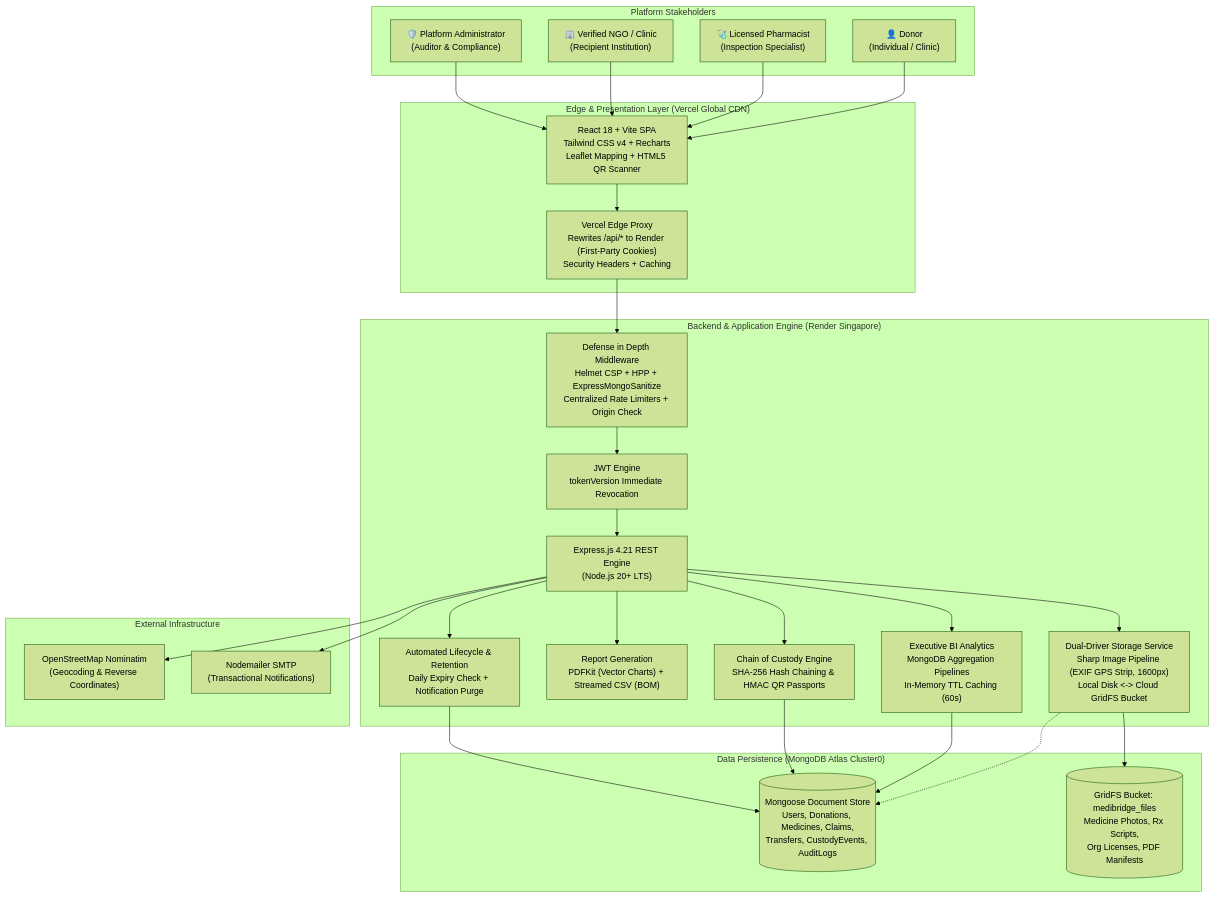
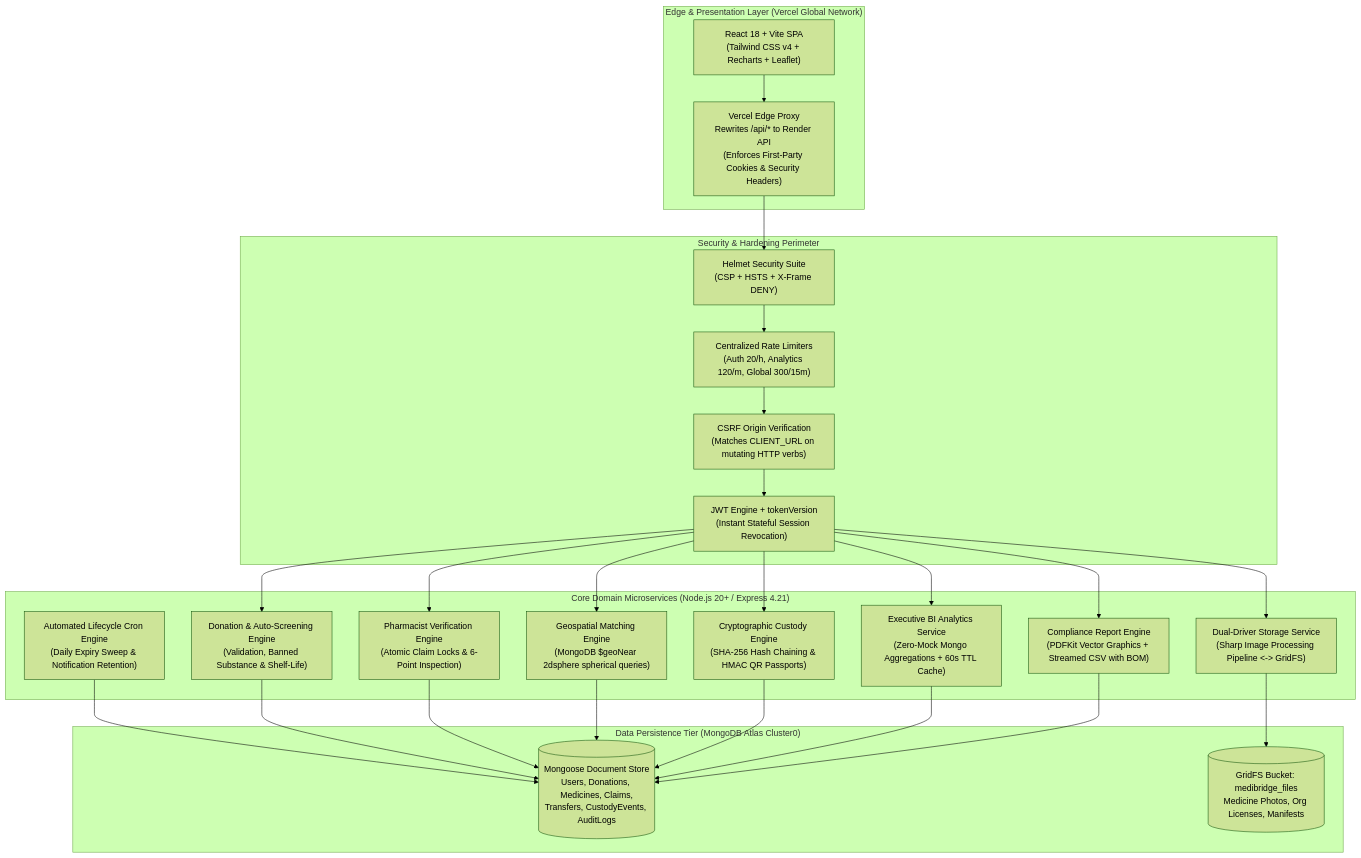
The first of 3 diagrams in README2.md (kasimshah19/MediBridge), drawn with Mermaid (forest theme) before and after one commit. The commit also changed other lines of this file, not shown here.

Commit message:
docs: enrich README2.md with exhaustive architectural, cryptographic, and API specifications

````diff
--- a/README2.md
+++ b/README2.md
@@ -95,60 +135,53 @@
 ```mermaid
 flowchart TB
-    subgraph Stakeholders["Platform Stakeholders"]
-        Donor["👤 Donor\n(Individual / Clinic)"]
-        Pharmacist["🩺 Licensed Pharmacist\n(Inspection Specialist)"]
-        NGO["🏢 Verified NGO / Clinic\n(Recipient Institution)"]
-        Admin["🛡️ Platform Administrator\n(Auditor & Compliance)"]
+    subgraph ClientLayer["Edge & Presentation Layer (Vercel Global Network)"]
+        ReactApp["React 18 + Vite SPA\n(Tailwind CSS v4 + Recharts + Leaflet)"]
+        VercelProxy["Vercel Edge Proxy\nRewrites /api/* to Render API\n(Enforces First-Party Cookies & Security Headers)"]
     end
 
-    subgraph ClientLayer["Edge & Presentation Layer (Vercel Global CDN)"]
-        SPA["React 18 + Vite SPA\nTailwind CSS v4 + Recharts\nLeaflet Mapping + HTML5 QR Scanner"]
-        VercelProxy["Vercel Edge Proxy\nRewrites /api/* to Render (First-Party Cookies)\nSecurity Headers + Caching"]
+    subgraph SecurityGate["Security & Hardening Perimeter"]
+        HelmetMW["Helmet Security Suite\n(CSP + HSTS + X-Frame DENY)"]
+        RateLimiter["Centralized Rate Limiters\n(Auth 20/h, Analytics 120/m, Global 300/15m)"]
+        OriginCheck["CSRF Origin Verification\n(Matches CLIENT_URL on mutating HTTP verbs)"]
+        TokenGuard["JWT Engine + tokenVersion\n(Instant Stateful Session Revocation)"]
     end
 
-    subgraph APILayer["Backend & Application Engine (Render Singapore)"]
-        AppServer["Express.js 4.21 REST Engine\n(Node.js 20+ LTS)"]
-        SecurityMW["Defense in Depth Middleware\nHelmet CSP + HPP + ExpressMongoSanitize\nCentralized Rate Limiters + Origin Check"]
-        AuthSystem["JWT Engine\ntokenVersion Immediate Revocation"]
-        AnalyticsEngine["Executive BI Analytics\nMongoDB Aggregation Pipelines\nIn-Memory TTL Caching (60s)"]
-        ReportEngine["Report Generation\nPDFKit (Vector Charts) + Streamed CSV (BOM)"]
-        StorageEngine["Dual-Driver Storage Service\nSharp Image Pipeline (EXIF GPS Strip, 1600px)\nLocal Disk <-> Cloud GridFS Bucket"]
-        CustodyEngine["Chain of Custody Engine\nSHA-256 Hash Chaining & HMAC QR Passports"]
-        ExpiryCron["Automated Lifecycle & Retention\nDaily Expiry Check + Notification Purge"]
+    subgraph ServiceLayer["Core Domain Microservices (Node.js 20+ / Express 4.21)"]
+        DonationSvc["Donation & Auto-Screening Engine\n(Validation, Banned Substance & Shelf-Life)"]
+        VerificationSvc["Pharmacist Verification Engine\n(Atomic Claim Locks & 6-Point Inspection)"]
+        GeoMatchSvc["Geospatial Matching Engine\n(MongoDB $geoNear 2dsphere spherical queries)"]
+        CustodySvc["Cryptographic Custody Engine\n(SHA-256 Hash Chaining & HMAC QR Passports)"]
+        StorageSvc["Dual-Driver Storage Service\n(Sharp Image Processing Pipeline <-> GridFS)"]
+        AnalyticsSvc["Executive BI Analytics Service\n(Zero-Mock Mongo Aggregations + 60s TTL Cache)"]
+        ReportSvc["Compliance Report Engine\n(PDFKit Vector Graphics + Streamed CSV with BOM)"]
+        ExpiryJob["Automated Lifecycle Cron Engine\n(Daily Expiry Sweep & Notification Retention)"]
     end
 
-    subgraph PersistenceLayer["Data Persistence (MongoDB Atlas Cluster0)"]
-        DocumentStore[("Mongoose Document Store\nUsers, Donations, Medicines, Claims,\nTransfers, CustodyEvents, AuditLogs")]
-        GridFSBucket[("GridFS Bucket: medibridge_files\nMedicine Photos, Rx Scripts,\nOrg Licenses, PDF Manifests")]
+    subgraph PersistenceLayer["Data Persistence Tier (MongoDB Atlas Cluster0)"]
+        DocStore[("Mongoose Document Store\nUsers, Donations, Medicines, Claims,\nTransfers, CustodyEvents, AuditLogs")]
+        GridFSBucket[("GridFS Bucket: medibridge_files\nMedicine Photos, Org Licenses, Manifests")]
     end
 
-    subgraph ExternalServices["External Infrastructure"]
-        Nominatim["OpenStreetMap Nominatim\n(Geocoding & Reverse Coordinates)"]
-        SMTPService["Nodemailer SMTP\n(Transactional Notifications)"]
-    end
+    ReactApp --> VercelProxy
+    VercelProxy --> HelmetMW
+    HelmetMW --> RateLimiter
+    RateLimiter --> OriginCheck
+    OriginCheck --> TokenGuard
 
-    Donor --> SPA
-    Pharmacist --> SPA
-    NGO --> SPA
-    Admin --> SPA
+    TokenGuard --> DonationSvc
+    TokenGuard --> VerificationSvc
+    TokenGuard --> GeoMatchSvc
+    TokenGuard --> CustodySvc
+    TokenGuard --> StorageSvc
+    TokenGuard --> AnalyticsSvc
+    TokenGuard --> ReportSvc
+    ExpiryJob --> DocStore
 
-    SPA --> VercelProxy
-    VercelProxy --> SecurityMW
-    SecurityMW --> AuthSystem
-    AuthSystem --> AppServer
-
-    AppServer --> AnalyticsEngine
-    AppServer --> ReportEngine
-    AppServer --> StorageEngine
-    AppServer --> CustodyEngine
-    AppServer --> ExpiryCron
-
-    StorageEngine --> GridFSBucket
-    StorageEngine -.-> DocumentStore
-    AnalyticsEngine --> DocumentStore
-    CustodyEngine --> DocumentStore
-    ExpiryCron --> DocumentStore
-
-    AppServer --> Nominatim
-    AppServer --> SMTPService
+    DonationSvc --> DocStore
+    VerificationSvc --> DocStore
+    GeoMatchSvc --> DocStore
+    CustodySvc --> DocStore
+    AnalyticsSvc --> DocStore
+    ReportSvc --> DocStore
+    StorageSvc --> GridFSBucket
 ```
````
